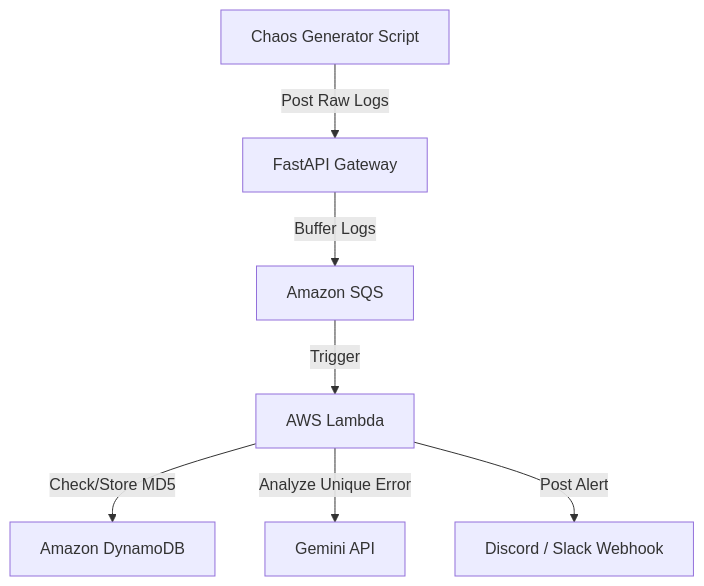
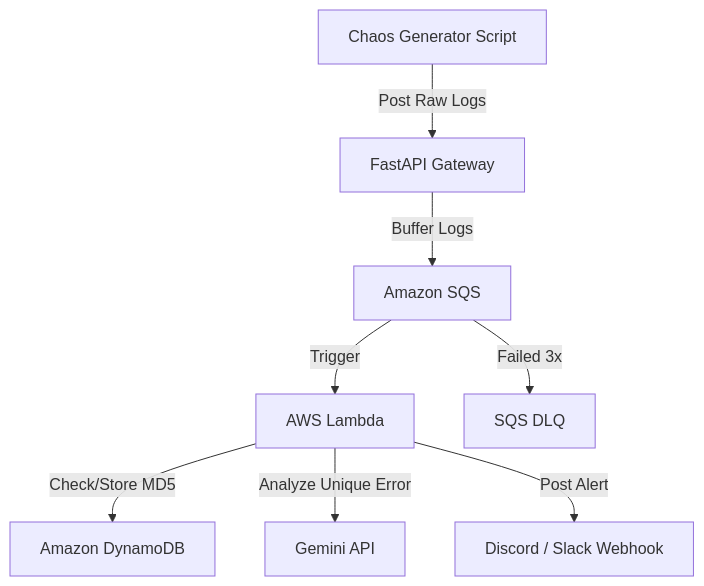
The diagram in README.md (cd-Emman/ai-log-deduper), drawn with Mermaid before and after one commit. The commit also changed other lines of this file and 5 other files, not shown here.

Commit message:
Configure SQS DLQ with maxReceiveCount of 3 and update Lambda error handling

````diff
--- a/README.md
+++ b/README.md
@@ -7,9 +7,10 @@
 ```mermaid
 graph TD
     A[Chaos Generator Script] -->|Post Raw Logs| B[FastAPI Gateway]
     B -->|Buffer Logs| C[Amazon SQS]
     C -->|Trigger| D[AWS Lambda]
+    C -->|Failed 3x| H[SQS DLQ]
     D -->|Check/Store MD5| E[Amazon DynamoDB]
     D -->|Analyze Unique Error| F[Gemini API]
     D -->|Post Alert| G[Discord / Slack Webhook]
 ```
````
